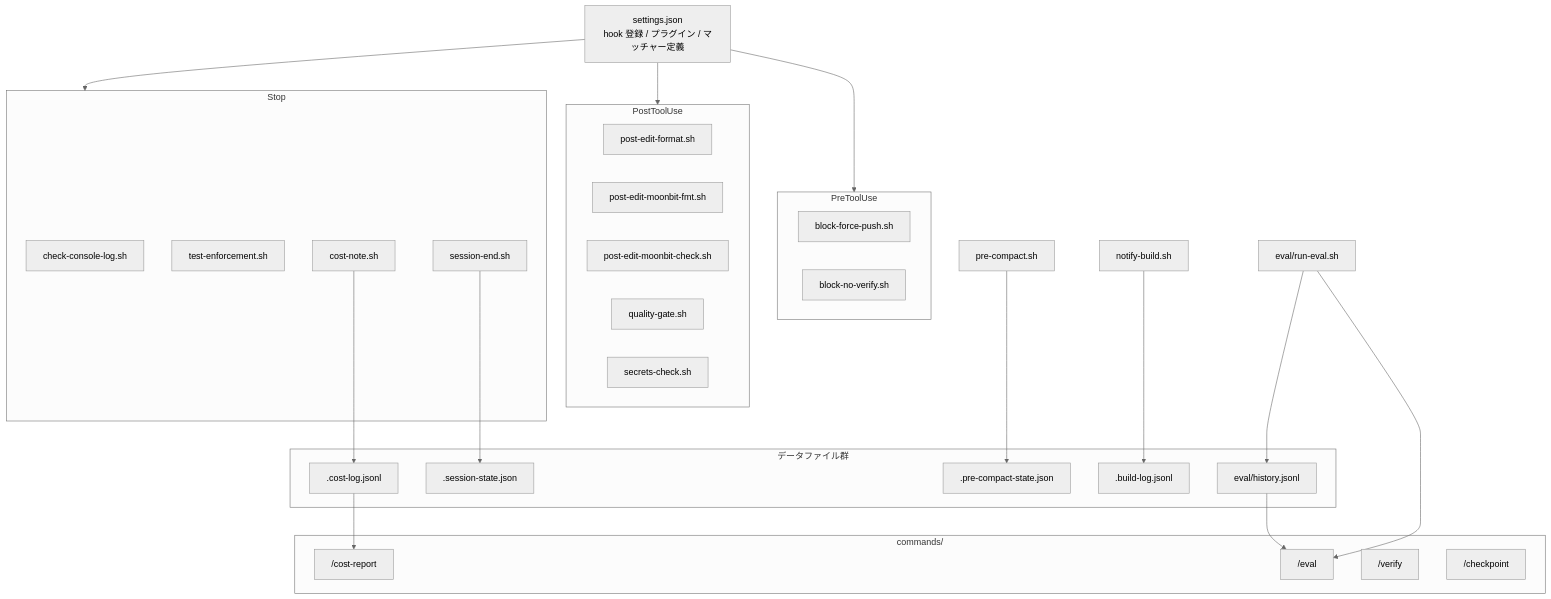
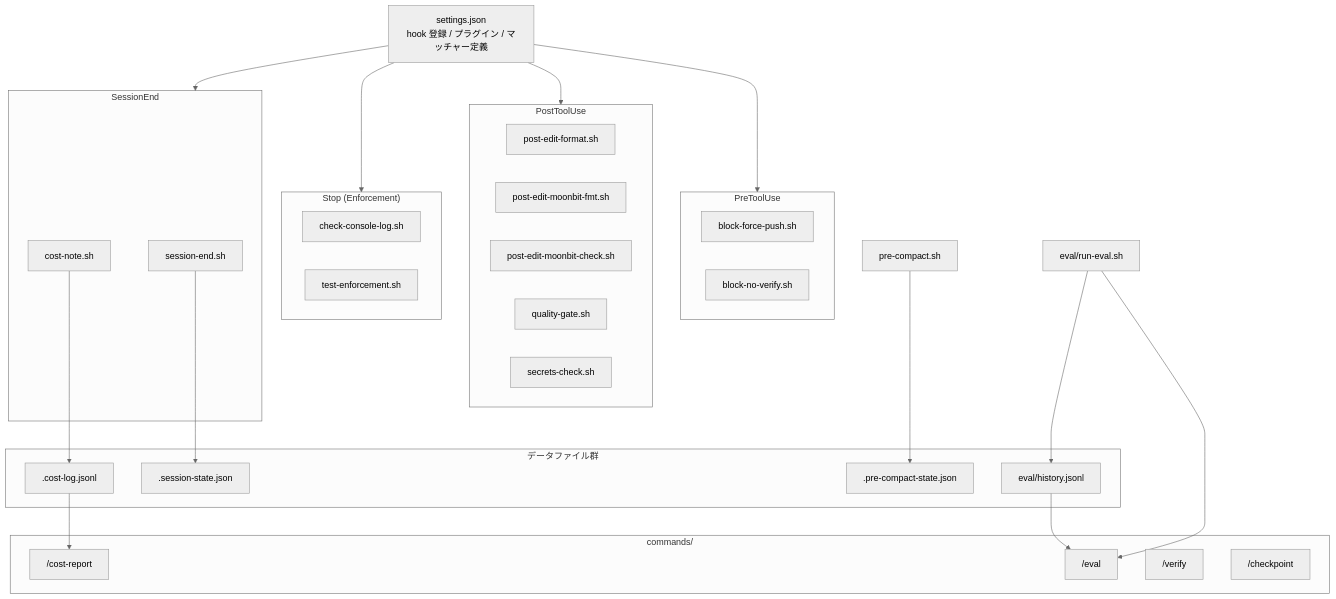
One commit to ymdvsymd/tornado changed the diagram in docs/06-harness-infrastructure.md. Above: the diagram before and after it, drawn with Mermaid (neutral theme). The commit also changed other lines of this file and 7 other files, not shown here.

Commit message:
chore: remove obsolete hook scripts and update settings for enforcement layer

````diff
--- a/docs/06-harness-infrastructure.md
+++ b/docs/06-harness-infrastructure.md
@@ -315,53 +307,55 @@
 ```mermaid
 graph TD
     settings["settings.json<br/>hook 登録 / プラグイン / マッチャー定義"]
 
     subgraph PreToolUse
         block_force["block-force-push.sh"]
         block_noverify["block-no-verify.sh"]
     end
 
     subgraph PostToolUse
         format["post-edit-format.sh"]
         mbt_fmt["post-edit-moonbit-fmt.sh"]
         mbt_check["post-edit-moonbit-check.sh"]
         quality["quality-gate.sh"]
         secrets["secrets-check.sh"]
     end
 
-    subgraph Stop
+    subgraph Stop["Stop (Enforcement)"]
         console["check-console-log.sh"]
         test_enf["test-enforcement.sh"]
+    end
+
+    subgraph SessionEnd
         session_end["session-end.sh"]
         cost_note["cost-note.sh"]
     end
 
     settings --> PreToolUse
     settings --> PostToolUse
     settings --> Stop
+    settings --> SessionEnd
 
     subgraph データファイル群
         cost_log[".cost-log.jsonl"]
         session_state[".session-state.json"]
         pre_compact[".pre-compact-state.json"]
-        build_log[".build-log.jsonl"]
         eval_history["eval/history.jsonl"]
     end
 
     session_end --> session_state
     cost_note --> cost_log
     pre_compact_sh["pre-compact.sh"] --> pre_compact
-    notify_build["notify-build.sh"] --> build_log
     run_eval["eval/run-eval.sh"] --> eval_history
 
     subgraph commands/
         cmd_cost["/cost-report"]
         cmd_eval["/eval"]
         cmd_verify["/verify"]
         cmd_checkpoint["/checkpoint"]
     end
 
     cost_log --> cmd_cost
     eval_history --> cmd_eval
     run_eval --> cmd_eval
 ```
````
